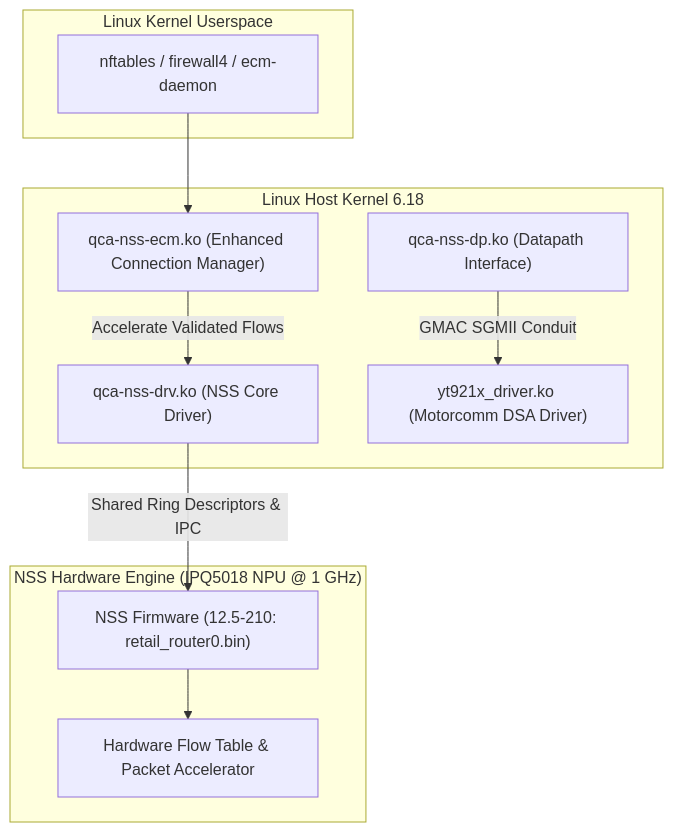
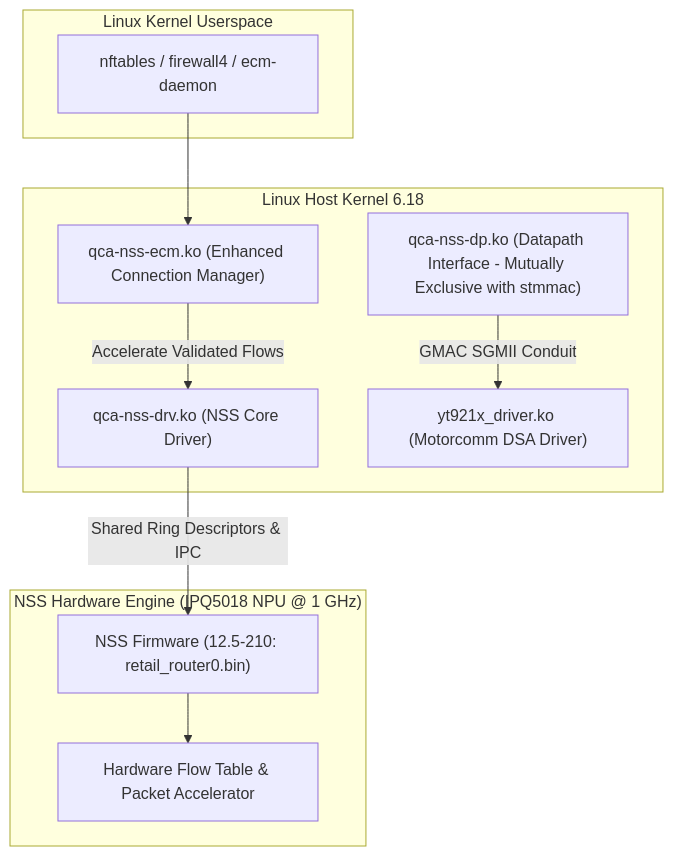
The diagram in docs/NSS_INTEGRATION_DESIGN.md (KiritoMainBro88/CR8808-CUSTOM-FIRMWARE), drawn with Mermaid before and after one commit. The commit also changed other lines of this file and 11 other files, not shown here.

````diff
--- a/docs/NSS_INTEGRATION_DESIGN.md
+++ b/docs/NSS_INTEGRATION_DESIGN.md
@@ -17,24 +18,24 @@
 ```mermaid
 graph TD
     subgraph "Linux Kernel Userspace"
         IPT["nftables / firewall4 / ecm-daemon"]
     end
 
     subgraph "Linux Host Kernel 6.18"
         ECM["qca-nss-ecm.ko (Enhanced Connection Manager)"]
         DRV["qca-nss-drv.ko (NSS Core Driver)"]
-        DP["qca-nss-dp.ko (Datapath Interface)"]
+        DP["qca-nss-dp.ko (Datapath Interface - Mutually Exclusive with stmmac)"]
         DSA["yt921x_driver.ko (Motorcomm DSA Driver)"]
     end
 
     subgraph "NSS Hardware Engine (IPQ5018 NPU @ 1 GHz)"
         FW["NSS Firmware (12.5-210: retail_router0.bin)"]
         FLOW["Hardware Flow Table & Packet Accelerator"]
     end
 
     IPT --> ECM
     ECM -- "Accelerate Validated Flows" --> DRV
     DRV -- "Shared Ring Descriptors & IPC" --> FW
     FW --> FLOW
     DP -- "GMAC SGMII Conduit" --> DSA
 ```
````
